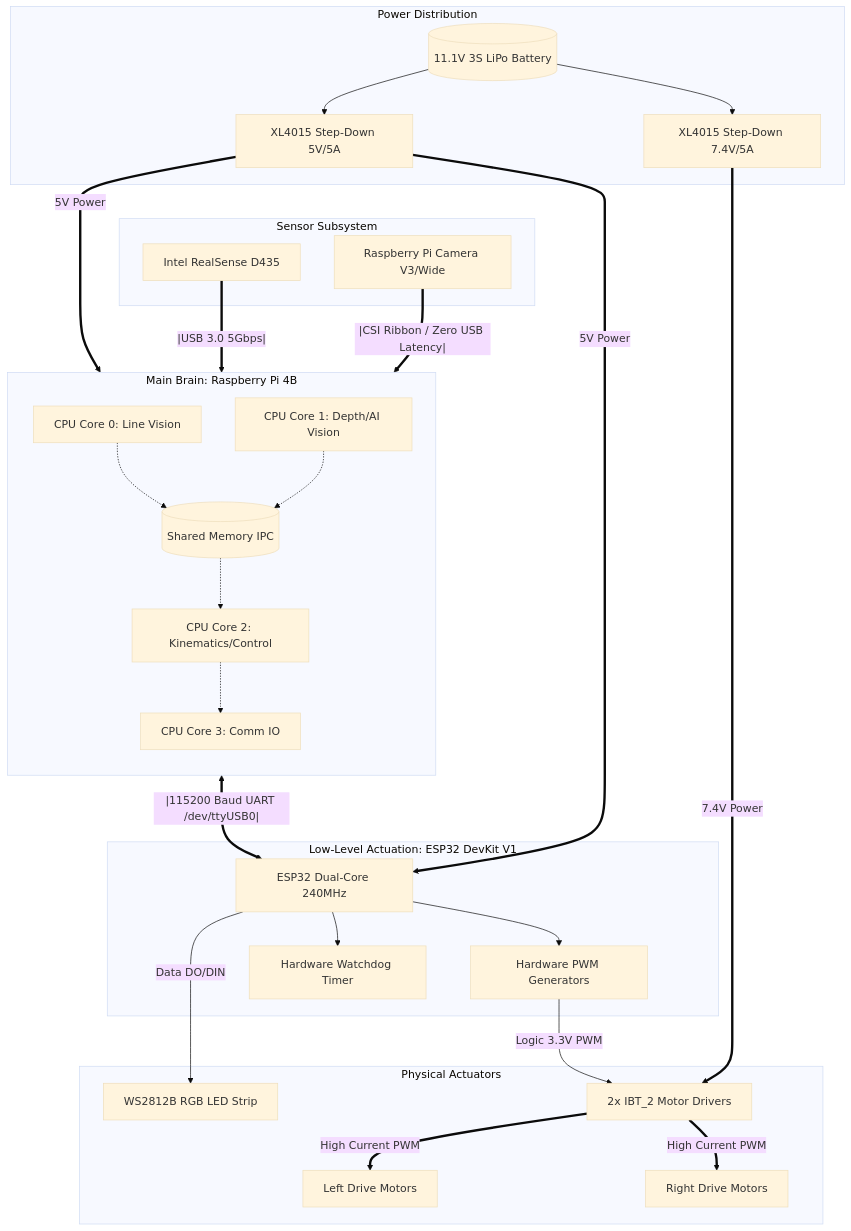
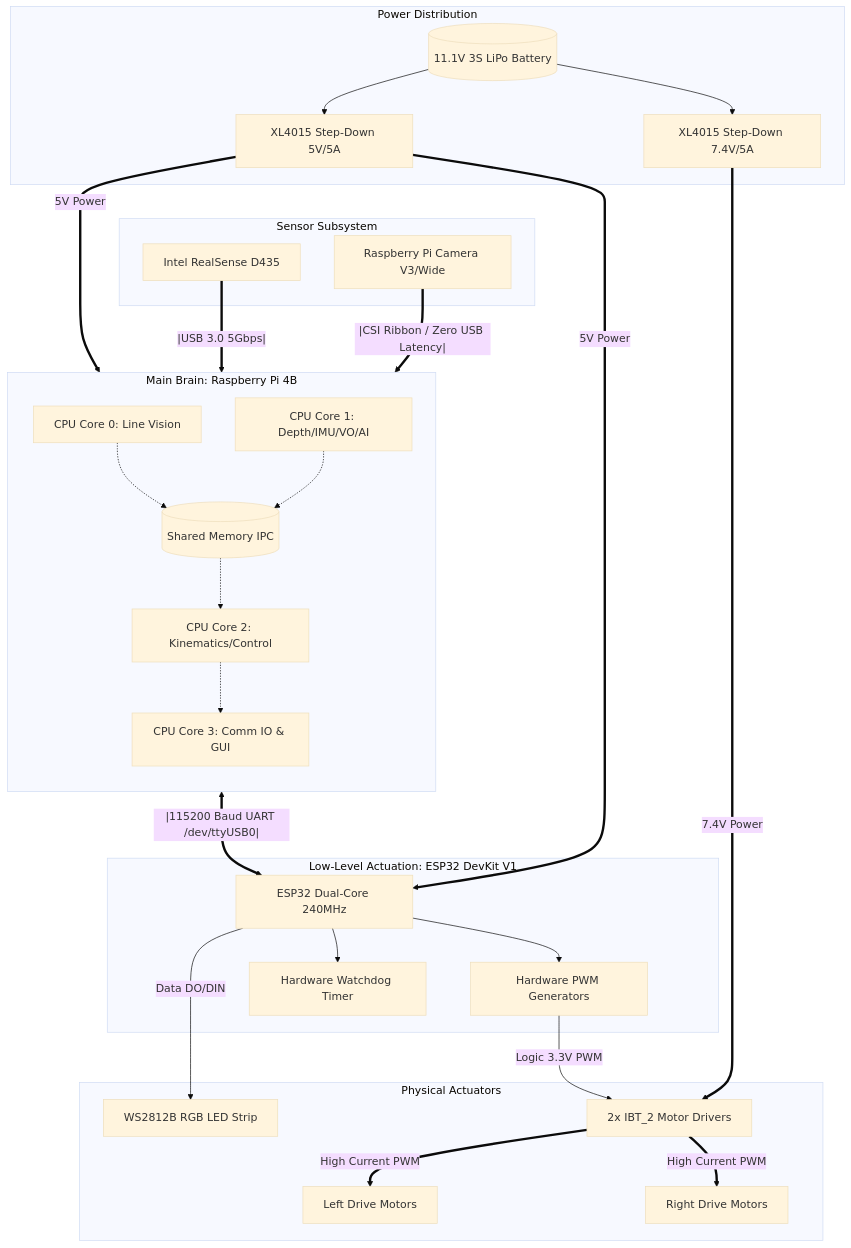
One commit to Ojas-sta/DPSI-LFR changed the first of 2 diagrams in architecture/system_architecture.md. Above: the diagram before and after it, drawn with Mermaid (base theme). The commit also changed other lines of this file and 15 other files, not shown here.

Commit message:
feat: Add CustomTkinter GUI, IMU Sensor Fusion, and Slope Detection to Architecture. Archive old files.

````diff
--- a/architecture/system_architecture.md
+++ b/architecture/system_architecture.md
@@ -13,58 +13,58 @@
 ```mermaid
 flowchart TB
     subgraph Power_Subsystem [Power Distribution]
         BATT[(11.1V 3S LiPo Battery)]
         BUCK1[XL4015 Step-Down 5V/5A]
         BUCK2[XL4015 Step-Down 7.4V/5A]
         BATT --> BUCK1
         BATT --> BUCK2
     end
 
     subgraph High_Level_Compute [Main Brain: Raspberry Pi 4B]
         direction TB
         CORE1[CPU Core 0: Line Vision]
-        CORE2[CPU Core 1: Depth/AI Vision]
+        CORE2[CPU Core 1: Depth/IMU/VO/AI]
         CORE3[CPU Core 2: Kinematics/Control]
-        CORE4[CPU Core 3: Comm IO]
+        CORE4[CPU Core 3: Comm IO & GUI]
         RAM[(Shared Memory IPC)]
         CORE1 -.-> RAM
         CORE2 -.-> RAM
         RAM -.-> CORE3
         CORE3 -.-> CORE4
     end
 
     subgraph Microcontroller_Layer [Low-Level Actuation: ESP32 DevKit V1]
         ESP[ESP32 Dual-Core 240MHz]
         PWM[Hardware PWM Generators]
         WDT[Hardware Watchdog Timer]
         ESP --> PWM
         ESP --> WDT
     end
 
     subgraph Sensor_Suite [Sensor Subsystem]
         PICAM[Raspberry Pi Camera V3/Wide]
         RS[Intel RealSense D435]
     end
 
     subgraph Actuators [Physical Actuators]
         M_LEFT[Left Drive Motors]
         M_RIGHT[Right Drive Motors]
         LED[WS2812B RGB LED Strip]
         IBT2[2x IBT_2 Motor Drivers]
     end
 
     %% Connections
     BUCK1 ===>|5V Power| High_Level_Compute
     BUCK1 ===>|5V Power| ESP
     BUCK2 ===>|7.4V Power| IBT2
     
     PICAM ==|CSI Ribbon / Zero USB Latency|==> CORE1
     RS ==|USB 3.0 5Gbps|==> CORE2
 
     CORE4 <==|115200 Baud UART /dev/ttyUSB0|==> ESP
     
     PWM -->|Logic 3.3V PWM| IBT2
     IBT2 ==>|High Current PWM| M_LEFT
     IBT2 ==>|High Current PWM| M_RIGHT
     ESP -->|Data DO/DIN| LED
 ```
````
